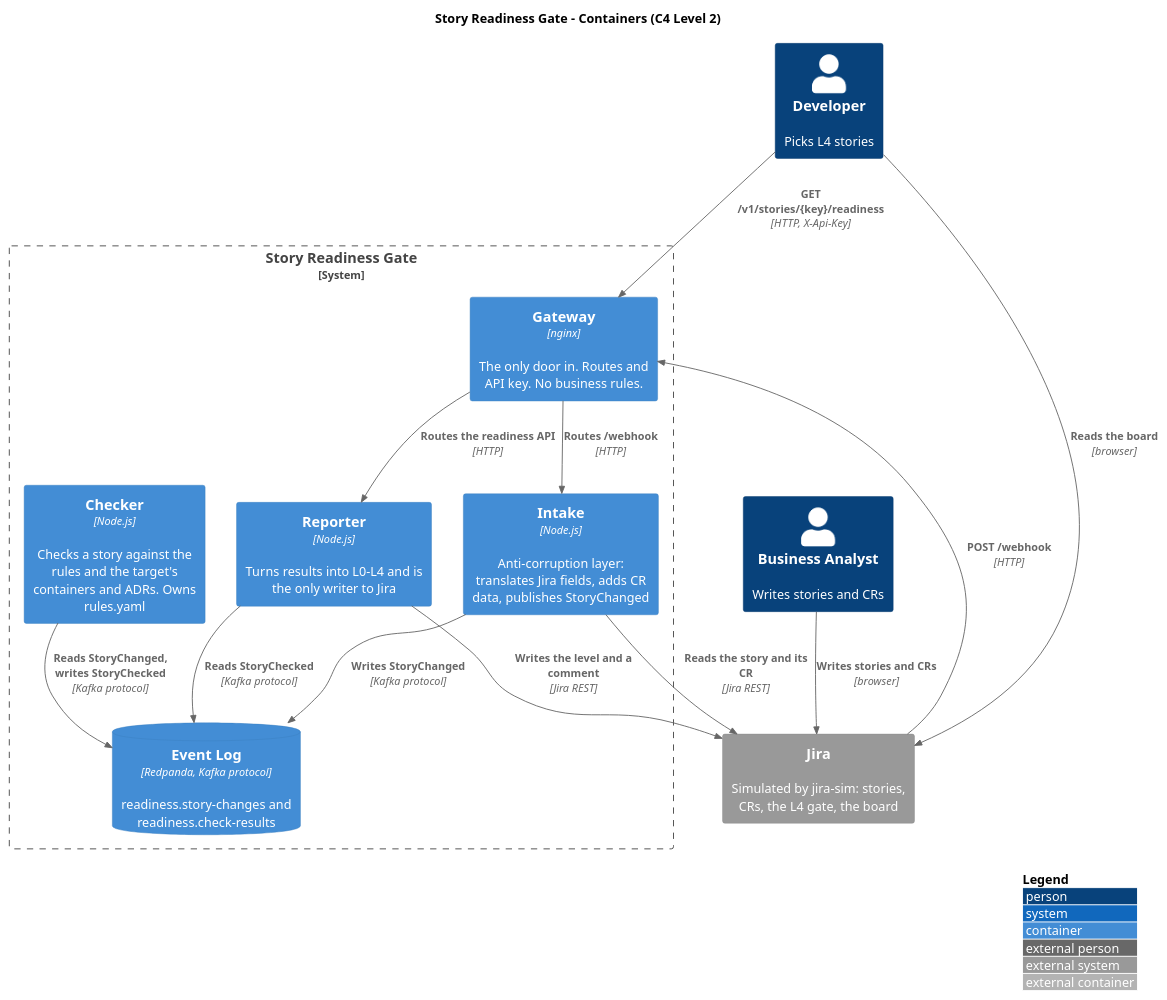
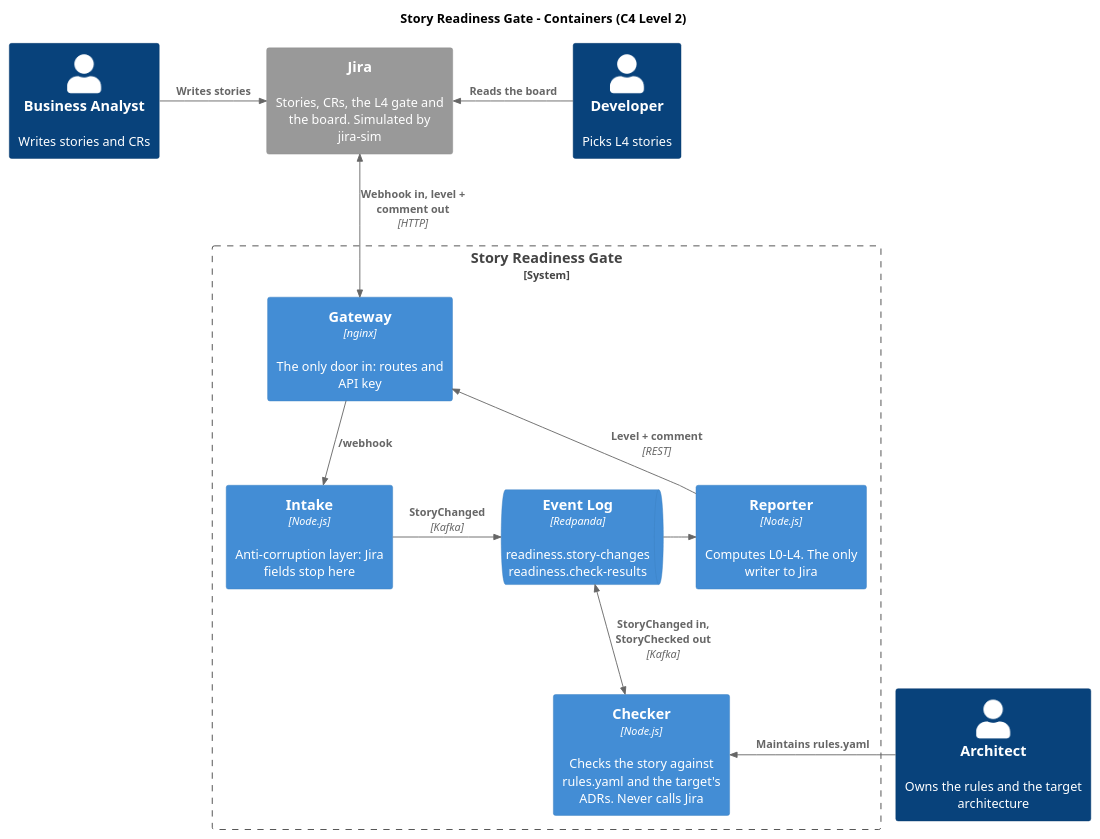
Before and after one commit to whereismyname7/us-enforcer: the diagram in docs/containers.puml, drawn with PlantUML. The commit also changed 2 other files, not shown here.

Commit message:
Shorten the README and simplify the containers diagram
The README keeps the flow, the level table, how to run it and the
ports, and links to the docs instead of repeating them.

The containers diagram adds the Architect, shows one Event Log between
Intake, Checker and Reporter, and routes everything to and from Jira
through the Gateway.

```diff
--- a/docs/containers.puml
+++ b/docs/containers.puml
@@ -1,31 +1,34 @@
 @startuml containers
 !include <C4/C4_Container>
 
 title Story Readiness Gate - Containers (C4 Level 2)
-LAYOUT_WITH_LEGEND()
+skinparam linetype polyline
+HIDE_STEREOTYPE()
 
 Person(ba, "Business Analyst", "Writes stories and CRs")
-Person(developer, "Developer", "Picks L4 stories")
-System_Ext(jira, "Jira", "Simulated by jira-sim: stories, CRs, the L4 gate, the board")
+System_Ext(jira, "Jira", "Stories, CRs, the L4 gate and the board. Simulated by jira-sim")
+Person(dev, "Developer", "Picks L4 stories")
+Person(architect, "Architect", "Owns the rules and the target architecture")
 
 System_Boundary(srg, "Story Readiness Gate") {
-  Container(gateway, "Gateway", "nginx", "The only door in. Routes and API key. No business rules.")
-  Container(intake, "Intake", "Node.js", "Anti-corruption layer: translates Jira fields, adds CR data, publishes StoryChanged")
-  Container(checker, "Checker", "Node.js", "Checks a story against the rules and the target's containers and ADRs. Owns rules.yaml")
-  Container(reporter, "Reporter", "Node.js", "Turns results into L0-L4 and is the only writer to Jira")
-  ContainerDb(events, "Event Log", "Redpanda, Kafka protocol", "readiness.story-changes and readiness.check-results")
+  Container(gateway, "Gateway", "nginx", "The only door in: routes and API key")
+  Container(intake, "Intake", "Node.js", "Anti-corruption layer: Jira fields stop here")
+  ContainerQueue(events, "Event Log", "Redpanda", "readiness.story-changes\nreadiness.check-results")
+  Container(checker, "Checker", "Node.js", "Checks the story against rules.yaml and the target's ADRs. Never calls Jira")
+  Container(reporter, "Reporter", "Node.js", "Computes L0-L4. The only writer to Jira")
 }
 
-Rel(ba, jira, "Writes stories and CRs", "browser")
-Rel(developer, jira, "Reads the board", "browser")
-Rel(developer, gateway, "GET /v1/stories/{key}/readiness", "HTTP, X-Api-Key")
-Rel(jira, gateway, "POST /webhook", "HTTP")
-Rel(gateway, intake, "Routes /webhook", "HTTP")
-Rel(gateway, reporter, "Routes the readiness API", "HTTP")
-Rel(intake, jira, "Reads the story and its CR", "Jira REST")
-Rel(intake, events, "Writes StoryChanged", "Kafka protocol")
-Rel(checker, events, "Reads StoryChanged, writes StoryChecked", "Kafka protocol")
-Rel(reporter, events, "Reads StoryChecked", "Kafka protocol")
-Rel(reporter, jira, "Writes the level and a comment", "Jira REST")
+Lay_R(ba, jira)
+Lay_R(jira, dev)
+
+Rel_R(ba, jira, "Writes stories")
+Rel_L(dev, jira, "Reads the board")
+BiRel_D(jira, gateway, "Webhook in, level + comment out", "HTTP")
+Rel_D(gateway, intake, "/webhook")
+Rel_U(reporter, gateway, "Level + comment", "REST")
+Rel_R(intake, events, "StoryChanged", "Kafka")
+BiRel_D(events, checker, "StoryChanged in, StoryChecked out", "Kafka")
+Rel_R(events, reporter, "")
+Rel_L(architect, checker, "Maintains rules.yaml")
 
 @enduml
```
